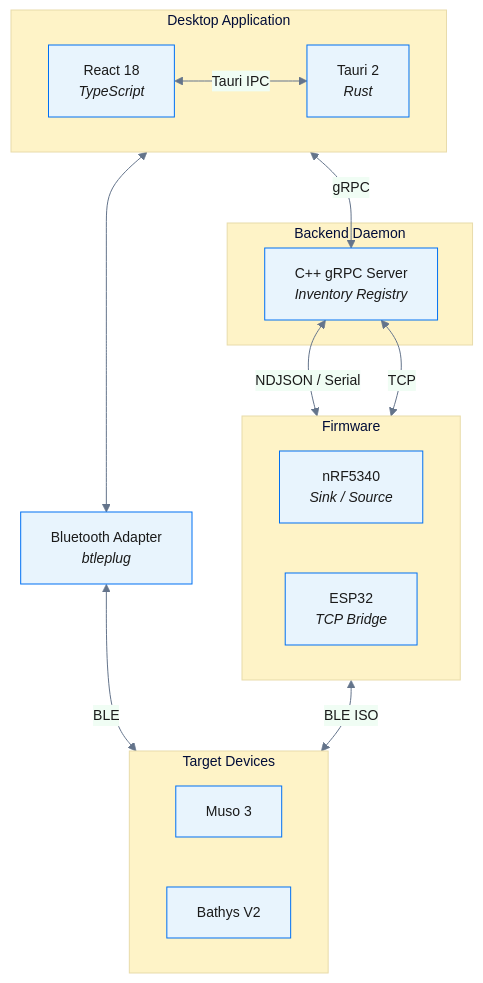
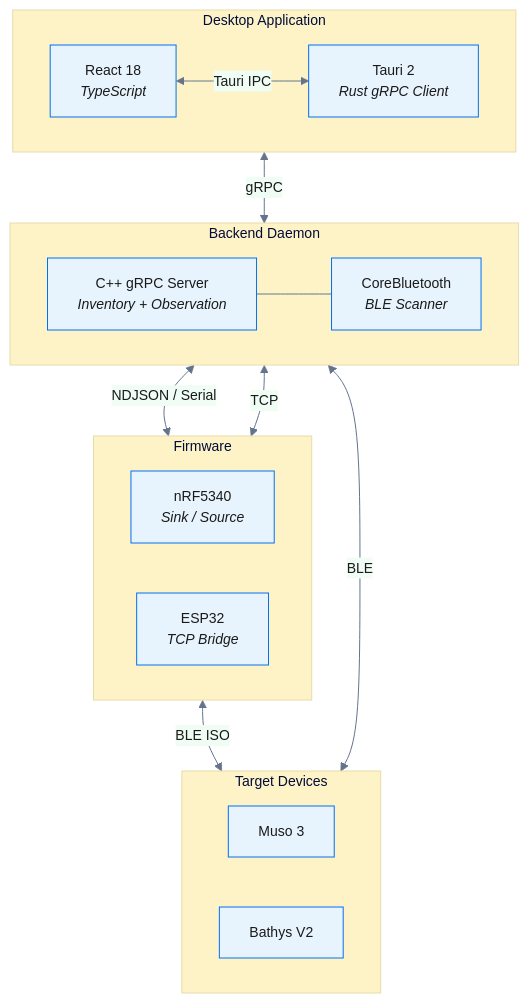
One commit to digimap2000/auracle changed the diagram in docs/diagrams/OVR-1-system-context.mmd. Above: the diagram before and after it, drawn with Mermaid. The commit also changed 60 other files, not shown here.

Commit message:
Implement multi-unit scan diagnostics flow

```diff
--- a/docs/diagrams/OVR-1-system-context.mmd
+++ b/docs/diagrams/OVR-1-system-context.mmd
@@ -1,33 +1,33 @@
 %%{init: {'theme': 'base', 'themeVariables': {'primaryColor': '#e8f4fd', 'primaryBorderColor': '#0070f3', 'primaryTextColor': '#1a1a1a', 'secondaryColor': '#f0fdf4', 'tertiaryColor': '#fef3c7', 'lineColor': '#64748b', 'fontSize': '14px'}}}%%
 graph TB
     subgraph Desktop["Desktop Application"]
         direction LR
-        Tauri["Tauri 2<br/><i>Rust</i>"]
+        Tauri["Tauri 2<br/><i>Rust gRPC Client</i>"]
         React["React 18<br/><i>TypeScript</i>"]
     end
 
     subgraph Daemon["Backend Daemon"]
-        gRPC["C++ gRPC Server<br/><i>Inventory Registry</i>"]
+        direction LR
+        gRPC["C++ gRPC Server<br/><i>Inventory + Observation</i>"]
+        BT["CoreBluetooth<br/><i>BLE Scanner</i>"]
+        gRPC --- BT
     end
 
     subgraph Firmware["Firmware"]
         direction LR
         nRF["nRF5340<br/><i>Sink / Source</i>"]
         ESP["ESP32<br/><i>TCP Bridge</i>"]
     end
-
-    BT["Bluetooth Adapter<br/><i>btleplug</i>"]
 
     subgraph Targets["Target Devices"]
         direction LR
         Muso["Muso 3"]
         Bathys["Bathys V2"]
     end
 
     React <-->|"Tauri IPC"| Tauri
     Tauri <-->|"gRPC"| gRPC
     gRPC <-->|"NDJSON / Serial"| nRF
     gRPC <-->|"TCP"| ESP
-    Tauri <--> BT
+    BT <-->|"BLE"| Targets
     nRF <-->|"BLE ISO"| Targets
-    BT <-->|"BLE"| Targets
```
